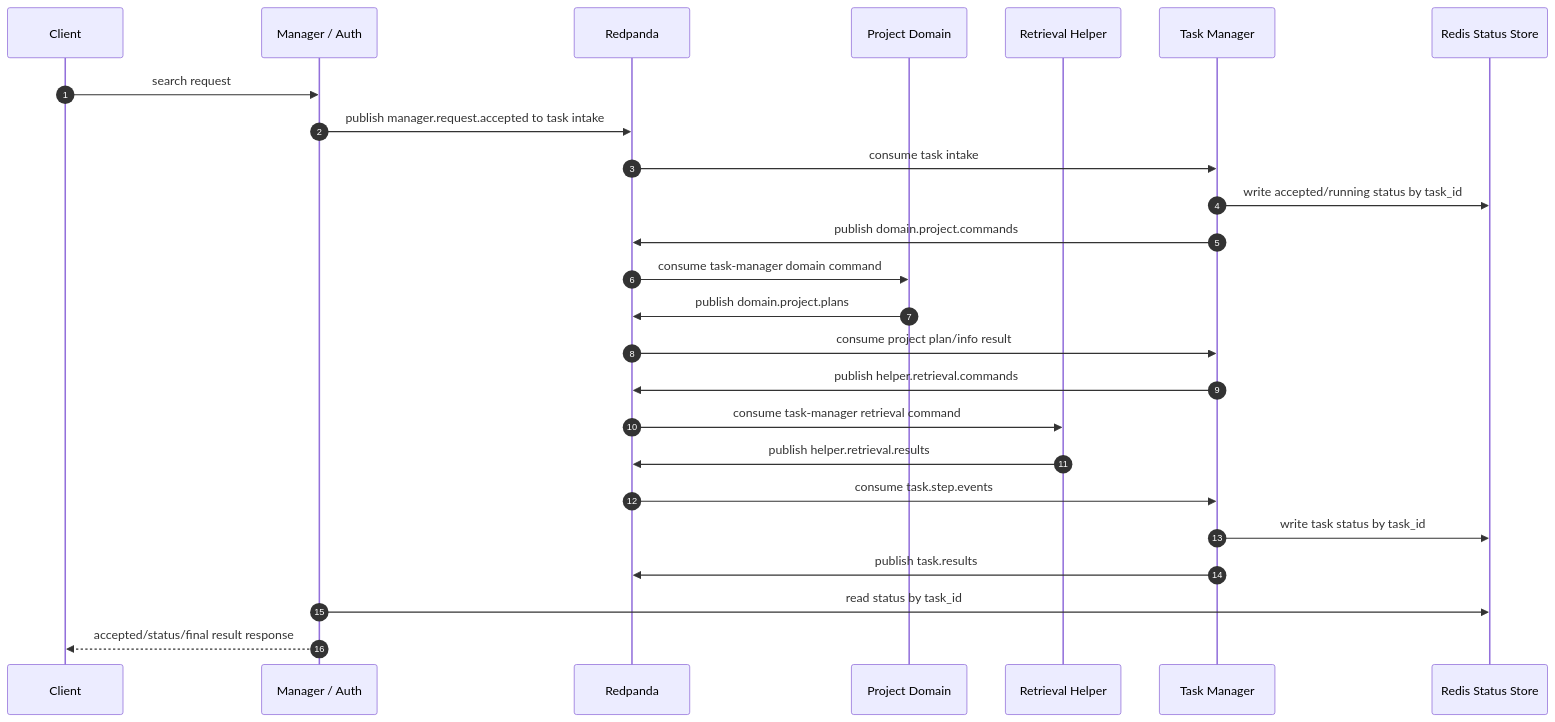
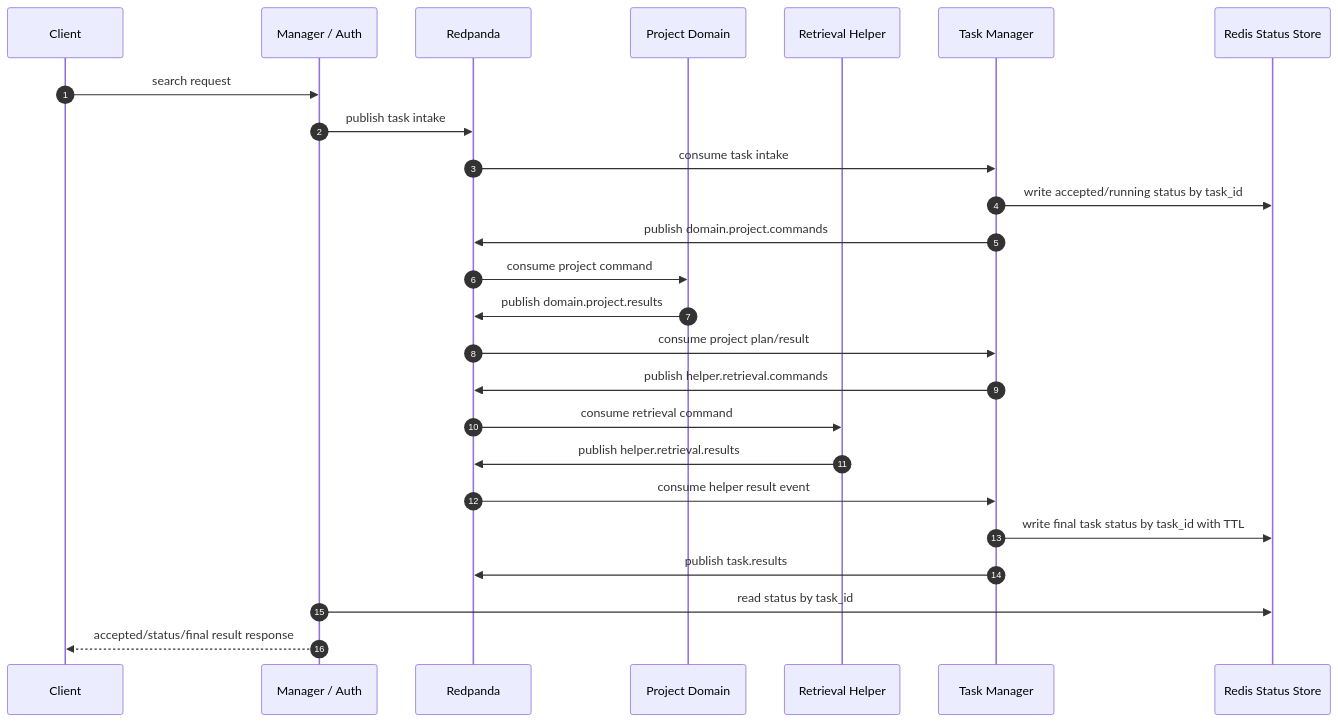
One commit to bruuuuuceliu/qdrant_rag_server changed the third of 7 diagrams in progress.md. Above: the diagram before and after it, drawn with Mermaid. The commit also changed other lines of this file and 212 other files, not shown here.

````diff
--- a/progress.md
+++ b/progress.md
@@ -250,28 +112,28 @@
 ```mermaid
 sequenceDiagram
     autonumber
     participant C as Client
     participant M as Manager / Auth
     participant B as Redpanda
     participant P as Project Domain
     participant R as Retrieval Helper
     participant T as Task Manager
     participant Redis as Redis Status Store
 
     C->>M: search request
-    M->>B: publish manager.request.accepted to task intake
+    M->>B: publish task intake
     B->>T: consume task intake
     T->>Redis: write accepted/running status by task_id
     T->>B: publish domain.project.commands
-    B->>P: consume task-manager domain command
-    P->>B: publish domain.project.plans
-    B->>T: consume project plan/info result
+    B->>P: consume project command
+    P->>B: publish domain.project.results
+    B->>T: consume project plan/result
     T->>B: publish helper.retrieval.commands
-    B->>R: consume task-manager retrieval command
+    B->>R: consume retrieval command
     R->>B: publish helper.retrieval.results
-    B->>T: consume task.step.events
-    T->>Redis: write task status by task_id
+    B->>T: consume helper result event
+    T->>Redis: write final task status by task_id with TTL
     T->>B: publish task.results
     M->>Redis: read status by task_id
     M-->>C: accepted/status/final result response
 ```
````
